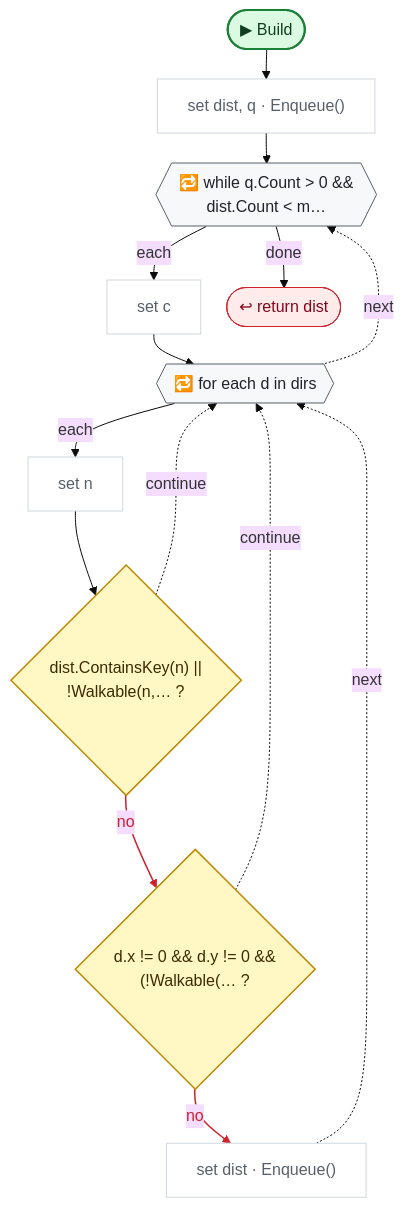
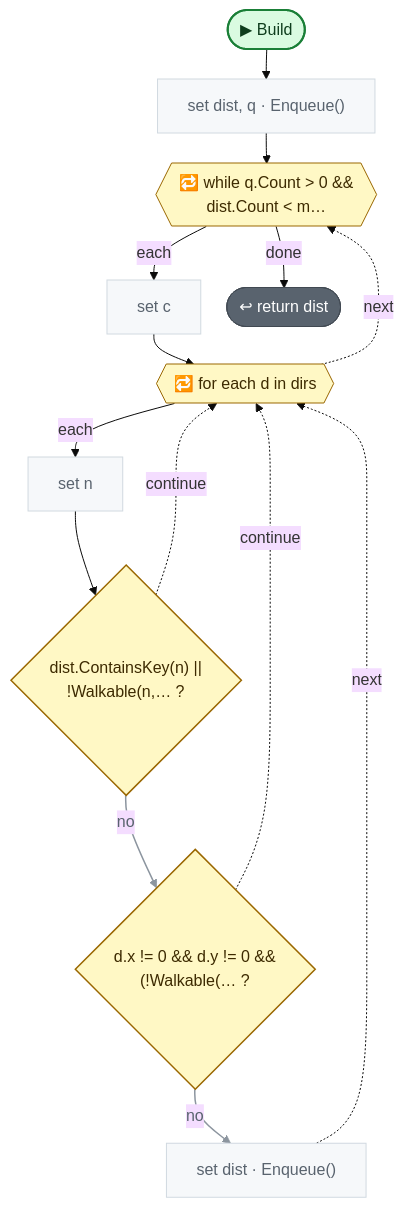
One commit to nataiai/Lord-of-the-Dungeon changed the ninth of 14 diagrams in CodeGraph~/graph/AI/PathFinding.cs.md. Above: the diagram before and after it, drawn with Mermaid (base theme). The commit also changed other lines of this file and 57 other files, not shown here.

````diff
--- a/CodeGraph~/graph/AI/PathFinding.cs.md
+++ b/CodeGraph~/graph/AI/PathFinding.cs.md
@@ -544,54 +546,54 @@
 ```mermaid
 ---
 config:
   flowchart:
     wrappingWidth: 260
     nodeSpacing: 26
     rankSpacing: 30
 ---
 flowchart TD
   nS(["▶ Build"])
   nc6dbb2["set dist, q · Enqueue()"]
   ne5f186{{"🔁 while q.Count #62; 0 #38;#38;<br>dist.Count #60; m…"}}
   na6b5d3["set c"]
   nc7498f{{"🔁 for each d in dirs"}}
   n739e6a["set n"]
   n472189{"dist.ContainsKey(n) #124;#124;<br>!Walkable(n,… ?"}
   n8ed550{"d.x != 0 #38;#38; d.y != 0 #38;#38;<br>(!Walkable(… ?"}
   n586b77["set dist · Enqueue()"]
   na48d4c(["↩ return dist"])
   nS --> nc6dbb2
   nc6dbb2 --> ne5f186
   ne5f186 -->|each| na6b5d3
   na6b5d3 --> nc7498f
   nc7498f -->|each| n739e6a
   n739e6a --> n472189
   n472189 -.->|continue| nc7498f
   n472189 -->|no| n8ed550
   n8ed550 -.->|continue| nc7498f
   n8ed550 -->|no| n586b77
   n586b77 -.->|next| nc7498f
   nc7498f -.->|next| ne5f186
   ne5f186 -->|done| na48d4c
-  linkStyle 7 stroke:#cf222e,stroke-width:1.5px,color:#cf222e
-  linkStyle 9 stroke:#cf222e,stroke-width:1.5px,color:#cf222e
+  linkStyle 7 stroke:#8c959f,stroke-width:1.5px,color:#59636e
+  linkStyle 9 stroke:#8c959f,stroke-width:1.5px,color:#59636e
   classDef unity fill:#dafbe1,stroke:#1a7f37,stroke-width:2px,color:#0f3d1d
   classDef start fill:#dafbe1,stroke:#1a7f37,stroke-width:2px,color:#0f3d1d
-  classDef calc fill:#ffffff,stroke:#d0d7de,color:#57606a
+  classDef calc fill:#f6f8fa,stroke:#d1d9e0,color:#59636e
   classDef calls fill:#ddf4ff,stroke:#0969da,stroke-width:2px,color:#0a3069
-  classDef ext fill:#ddf4ff,stroke:#0969da,stroke-width:2px,stroke-dasharray:5 3,color:#0a3069
-  classDef cond fill:#fff8c5,stroke:#bf8700,stroke-width:1.5px,color:#3d2a00
-  classDef loop fill:#f6f8fa,stroke:#57606a,color:#1f2328
-  classDef exit fill:#ffebe9,stroke:#cf222e,color:#82071e
+  classDef ext fill:#f6f8fa,stroke:#59636e,stroke-width:1.5px,stroke-dasharray:5 5,color:#1f2328
+  classDef cond fill:#fff8c5,stroke:#9a6700,stroke-width:1.5px,color:#3d2a00
+  classDef loop fill:#fff8c5,stroke:#9a6700,color:#3d2a00
+  classDef wait fill:#fff8c5,stroke:#9a6700,color:#3d2a00
+  classDef exit fill:#59636e,stroke:#424a53,color:#ffffff
+  classDef fin fill:#59636e,stroke:#424a53,color:#ffffff
+  classDef act fill:#ffffff,stroke:#59636e,stroke-width:1.5px,color:#1f2328
   classDef kill fill:#ffebe9,stroke:#cf222e,stroke-width:2px,color:#82071e
-  classDef spawn fill:#dafbe1,stroke:#1a7f37,stroke-width:2px,color:#0f3d1d
-  classDef wait fill:#fff1e5,stroke:#bc4c00,color:#4d1d00
-  classDef fin fill:#eaeef2,stroke:#8c959f,color:#57606a
   classDef join fill:#d0d7de,stroke:#8c959f,color:#57606a
   classDef ghdr fill:#f5f9ff,stroke:#f5f9ff,color:#0a3069,font-weight:bold
   class nc6dbb2,na6b5d3,n739e6a,n586b77 calc
   class n472189,n8ed550 cond
   class na48d4c exit
   class ne5f186,nc7498f loop
   class nS start
 ```
````
